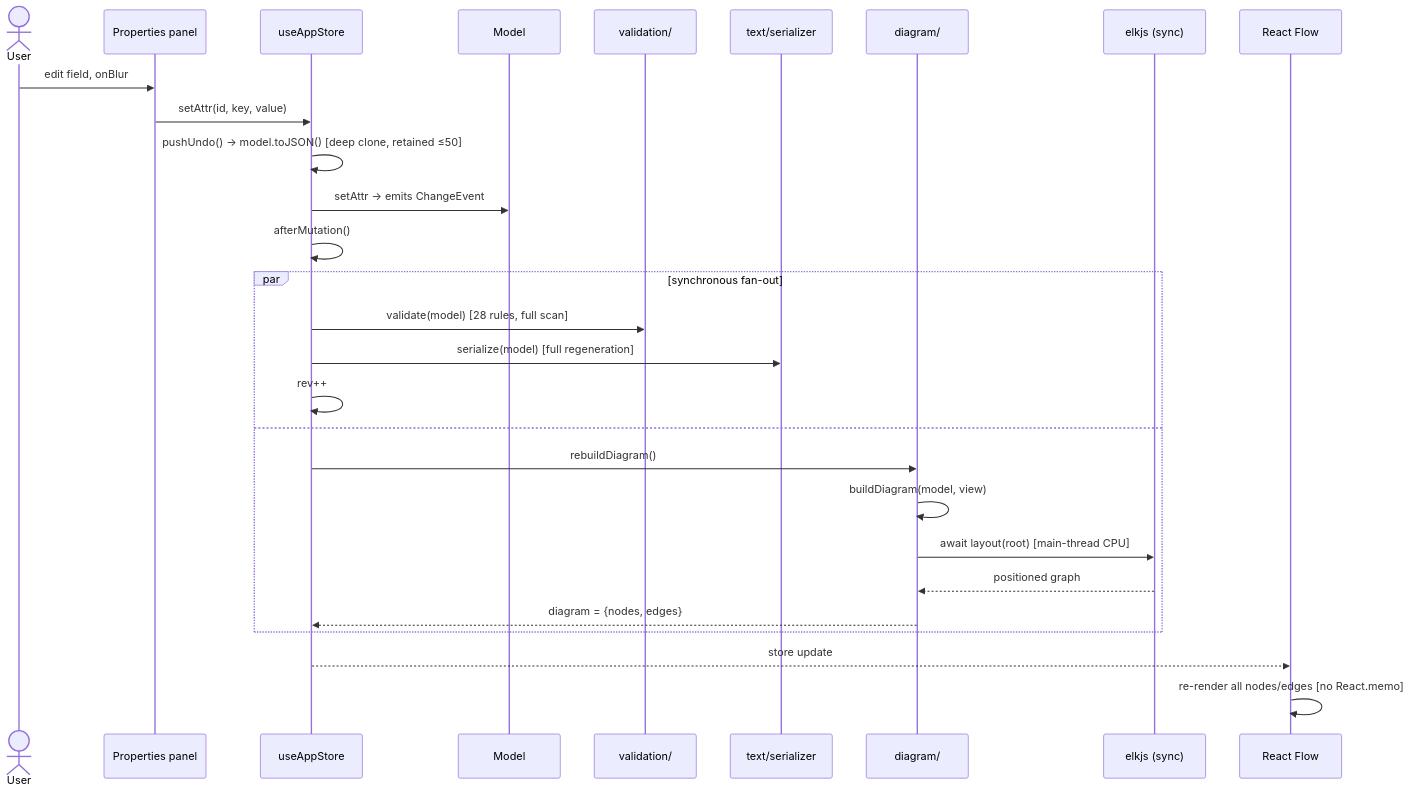
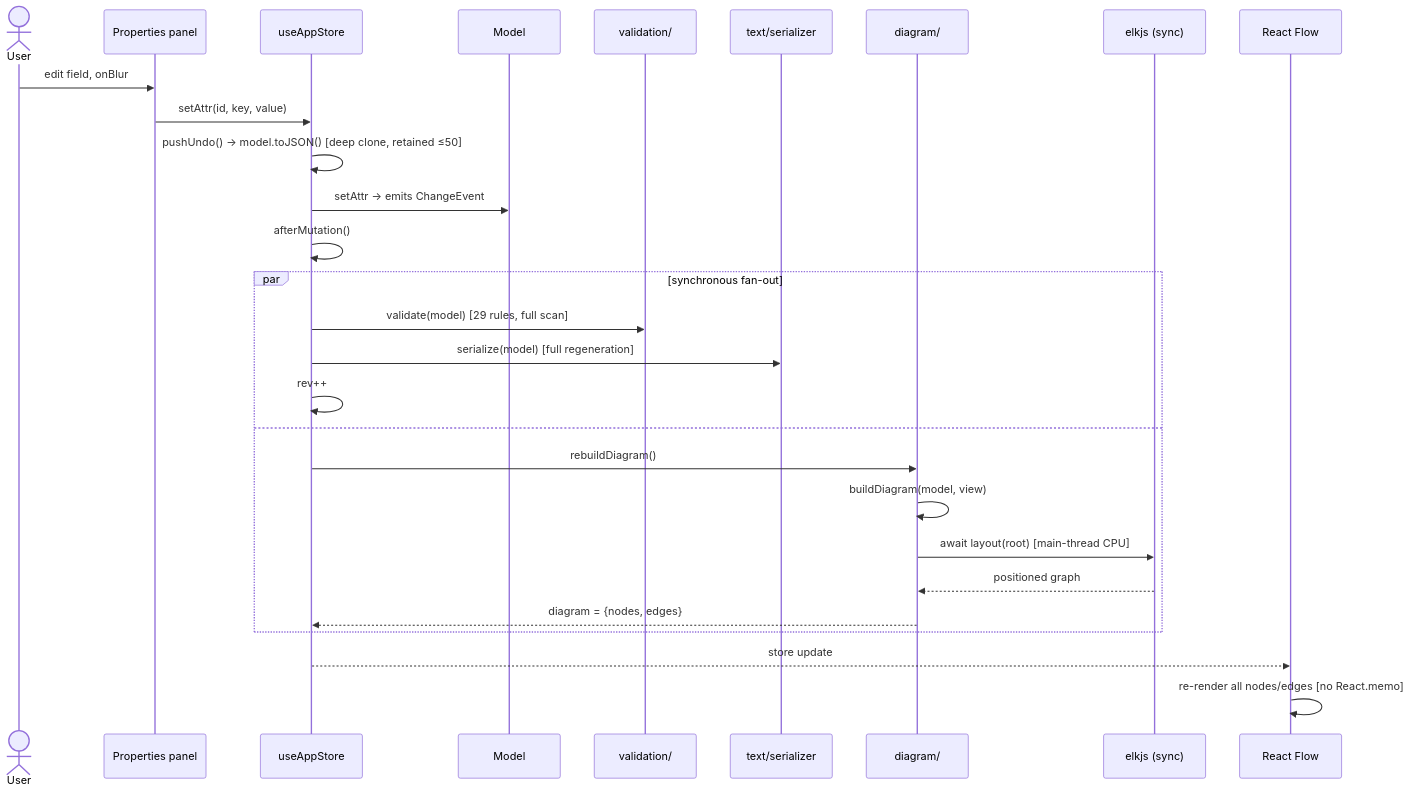
The second of 8 diagrams in docs/architecture/06-sequence-diagrams.md (cosmindxu/sysprose), drawn with Mermaid before and after one commit. The commit also changed 28 other files, not shown here.

````diff
--- a/docs/architecture/06-sequence-diagrams.md
+++ b/docs/architecture/06-sequence-diagrams.md
@@ -30,31 +30,31 @@
 ```mermaid
 sequenceDiagram
     actor U as User
     participant P as Properties panel
     participant S as useAppStore
     participant M as Model
     participant V as validation/
     participant T as text/serializer
     participant D as diagram/
     participant ELK as elkjs (sync)
     participant RF as React Flow
 
     U->>P: edit field, onBlur
     P->>S: setAttr(id, key, value)
     S->>S: pushUndo() → model.toJSON() [deep clone, retained ≤50]
     S->>M: setAttr → emits ChangeEvent
     S->>S: afterMutation()
     par synchronous fan-out
-        S->>V: validate(model) [28 rules, full scan]
+        S->>V: validate(model) [29 rules, full scan]
         S->>T: serialize(model) [full regeneration]
         S->>S: rev++
     and
         S->>D: rebuildDiagram()
         D->>D: buildDiagram(model, view)
         D->>ELK: await layout(root) [main-thread CPU]
         ELK-->>D: positioned graph
         D-->>S: diagram = {nodes, edges}
     end
     S-->>RF: store update
     RF->>RF: re-render all nodes/edges [no React.memo]
 ```
````
